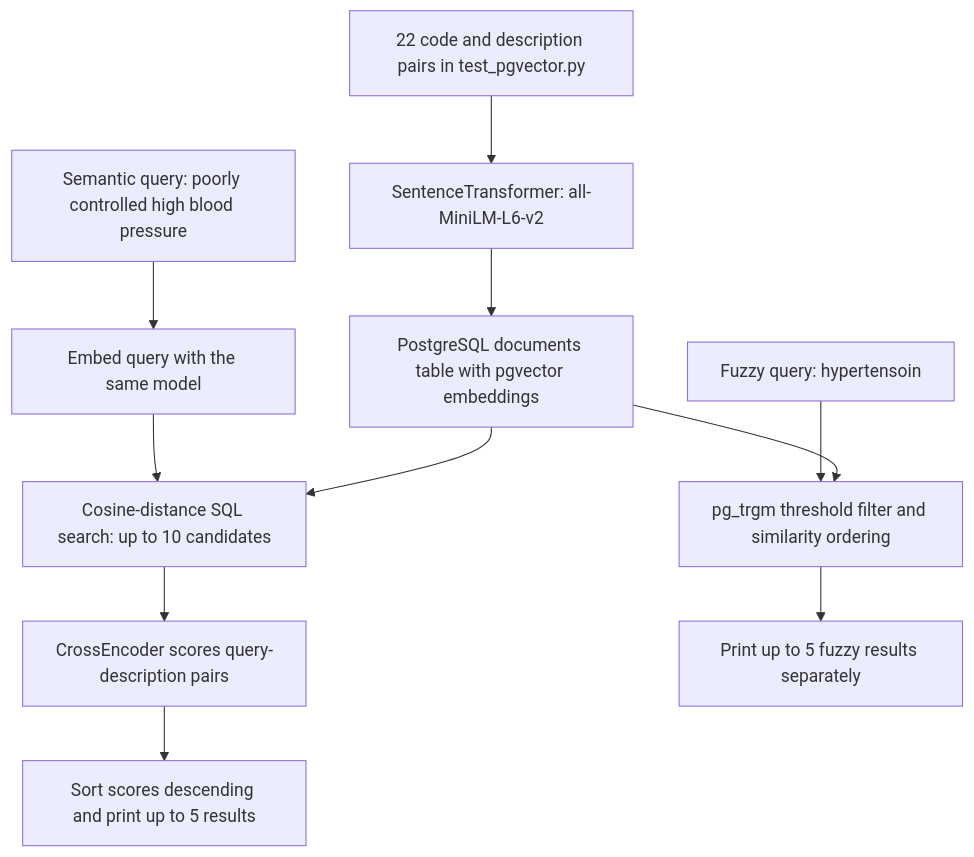
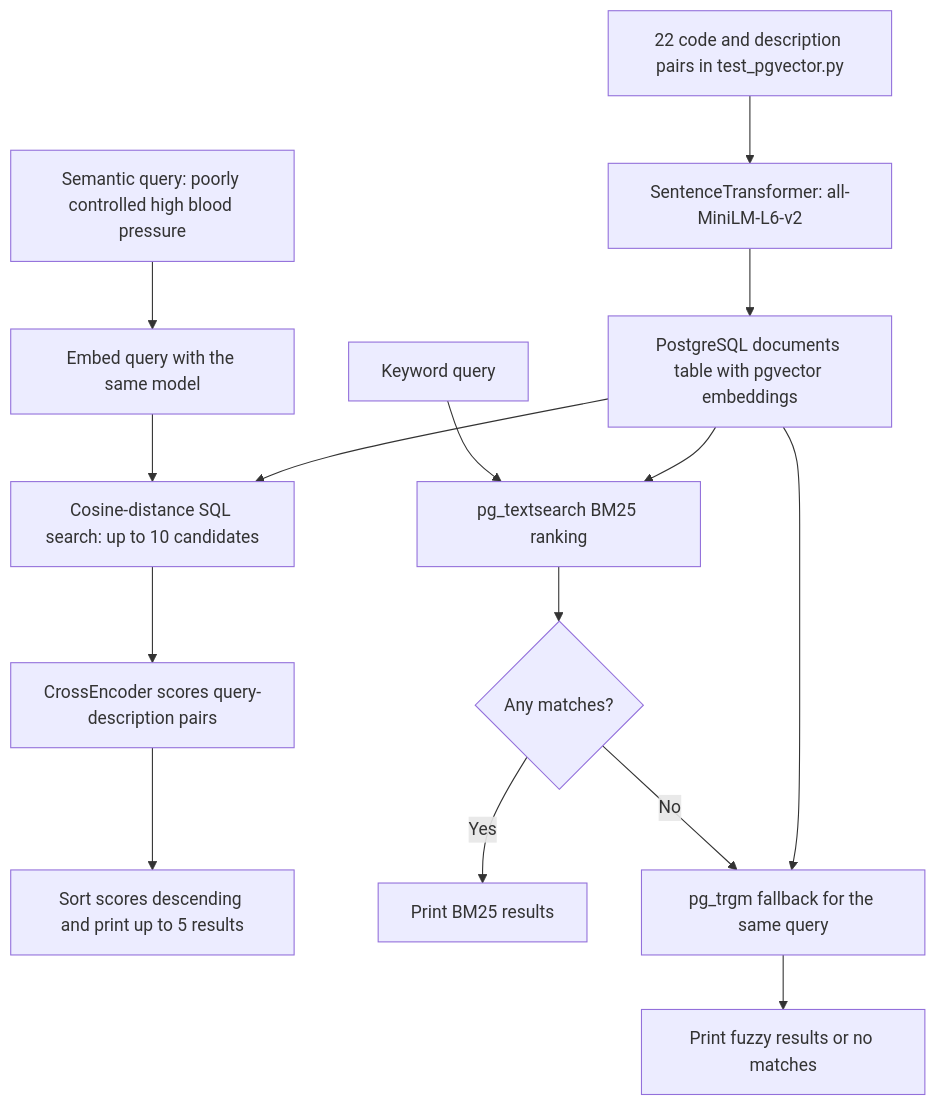
One commit to Djinni12/pg-vec-demo changed the diagram in docs/project-overview.md. Above: the diagram before and after it, drawn with Mermaid. The commit also changed other lines of this file and 9 other files, not shown here.

````diff
--- a/docs/project-overview.md
+++ b/docs/project-overview.md
@@ -13,13 +13,17 @@
 ```mermaid
 flowchart TD
     A[22 code and description pairs in test_pgvector.py] --> B[SentenceTransformer: all-MiniLM-L6-v2]
     B --> C[PostgreSQL documents table with pgvector embeddings]
     D[Semantic query: poorly controlled high blood pressure] --> E[Embed query with the same model]
     E --> F[Cosine-distance SQL search: up to 10 candidates]
     C --> F
     F --> G[CrossEncoder scores query-description pairs]
     G --> H[Sort scores descending and print up to 5 results]
-    I[Fuzzy query: hypertensoin] --> J[pg_trgm threshold filter and similarity ordering]
+    I[Keyword query] --> J[pg_textsearch BM25 ranking]
     C --> J
-    J --> K[Print up to 5 fuzzy results separately]
+    J --> L{Any matches?}
+    L -->|Yes| K[Print BM25 results]
+    L -->|No| M[pg_trgm fallback for the same query]
+    C --> M
+    M --> N[Print fuzzy results or no matches]
 ```
````
